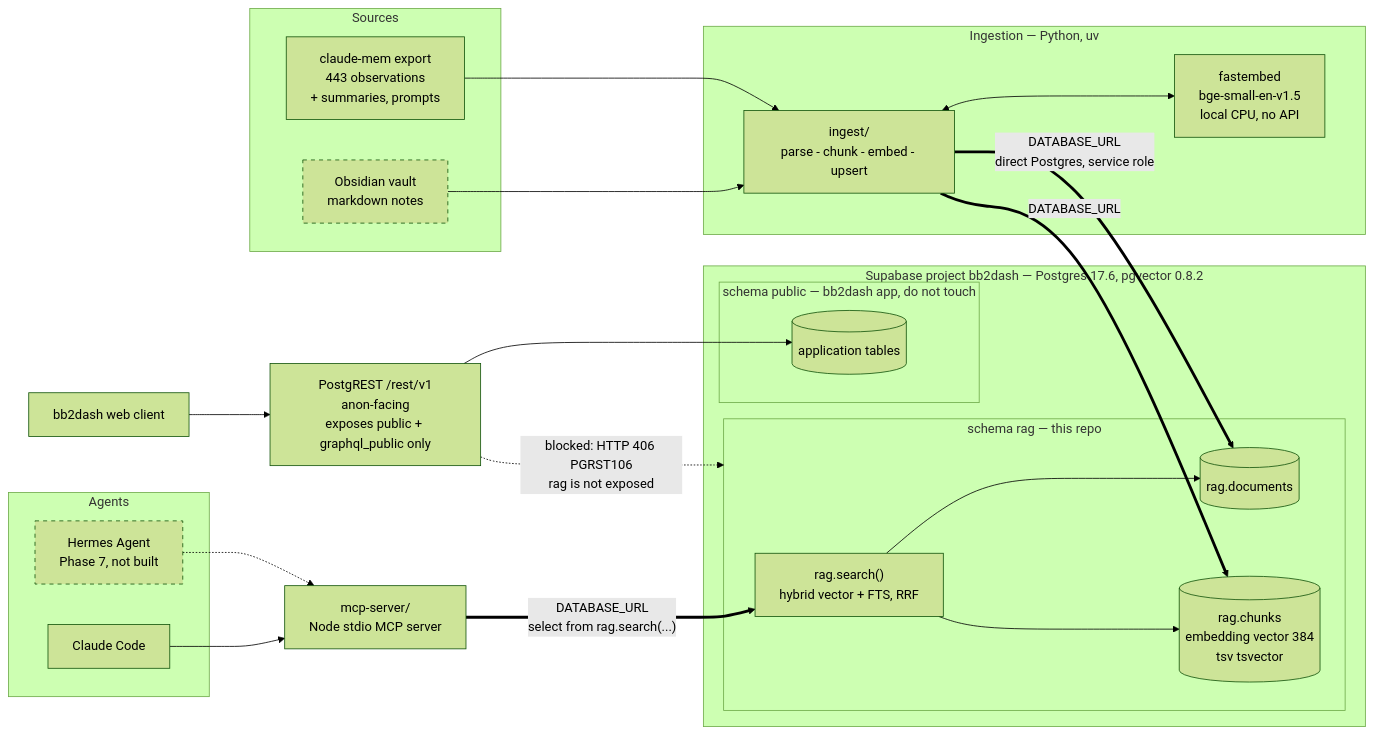
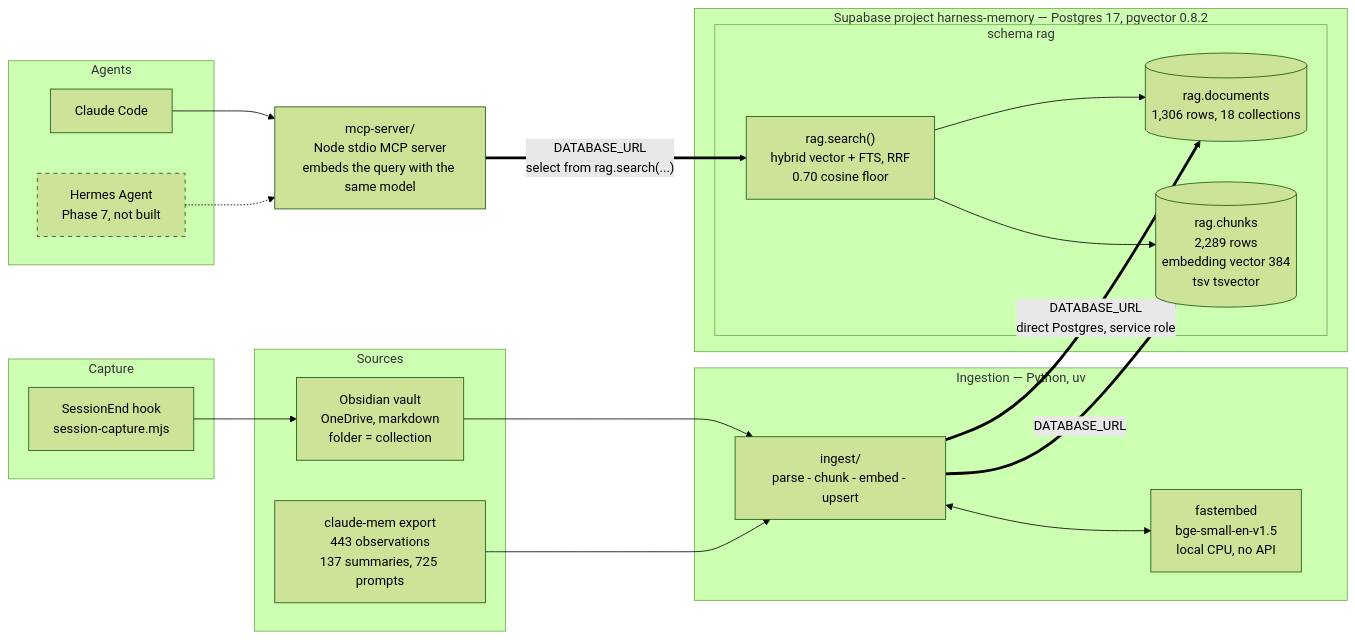
Before and after one commit to emstacho-su/agentic-harness: the first of 3 diagrams in docs/architecture.md, drawn with Mermaid (forest theme). The commit also changed other lines of this file and 8 other files, not shown here.

First line of the commit message:
docs: rewrite for the harness-memory relocation and live status

````diff
--- a/docs/architecture.md
+++ b/docs/architecture.md
@@ -32,52 +36,47 @@
 ```mermaid
 flowchart LR
+    subgraph capture["Capture"]
+        hook["SessionEnd hook<br/>session-capture.mjs"]
+    end
+
     subgraph sources["Sources"]
-        vault["Obsidian vault<br/>markdown notes"]
-        cmem["claude-mem export<br/>443 observations<br/>+ summaries, prompts"]
+        vault["Obsidian vault<br/>OneDrive, markdown<br/>folder = collection"]
+        cmem["claude-mem export<br/>443 observations<br/>137 summaries, 725 prompts"]
     end
 
     subgraph ingestion["Ingestion — Python, uv"]
         ing["ingest/<br/>parse - chunk - embed - upsert"]
         emb["fastembed<br/>bge-small-en-v1.5<br/>local CPU, no API"]
     end
 
     subgraph agents["Agents"]
         cc["Claude Code"]
         hermes["Hermes Agent<br/>Phase 7, not built"]
     end
 
-    mcp["mcp-server/<br/>Node stdio MCP server"]
+    mcp["mcp-server/<br/>Node stdio MCP server<br/>embeds the query with the same model"]
 
-    subgraph project["Supabase project bb2dash — Postgres 17.6, pgvector 0.8.2"]
-        subgraph ragschema["schema rag — this repo"]
-            fn["rag.search()<br/>hybrid vector + FTS, RRF"]
-            docs[("rag.documents")]
-            chunks[("rag.chunks<br/>embedding vector 384<br/>tsv tsvector")]
-        end
-        subgraph pubschema["schema public — bb2dash app, do not touch"]
-            app[("application tables")]
+    subgraph project["Supabase project harness-memory — Postgres 17, pgvector 0.8.2"]
+        subgraph ragschema["schema rag"]
+            fn["rag.search()<br/>hybrid vector + FTS, RRF<br/>0.70 cosine floor"]
+            docs[("rag.documents<br/>1,306 rows, 18 collections")]
+            chunks[("rag.chunks<br/>2,289 rows<br/>embedding vector 384<br/>tsv tsvector")]
         end
     end
 
-    rest["PostgREST /rest/v1<br/>anon-facing<br/>exposes public + graphql_public only"]
-    browser["bb2dash web client"]
-
+    hook --> vault
     vault --> ing
     cmem --> ing
     ing <--> emb
     cc --> mcp
     hermes -.-> mcp
 
     ing ==>|"DATABASE_URL<br/>direct Postgres, service role"| docs
     ing ==>|"DATABASE_URL"| chunks
     mcp ==>|"DATABASE_URL<br/>select from rag.search(...)"| fn
     fn --> chunks
     fn --> docs
 
-    browser --> rest
-    rest --> app
-    rest -.->|"blocked: HTTP 406 PGRST106<br/>rag is not exposed"| ragschema
-
     classDef unbuilt stroke-dasharray: 5 5
-    class hermes,vault unbuilt
+    class hermes unbuilt
 ```
````
